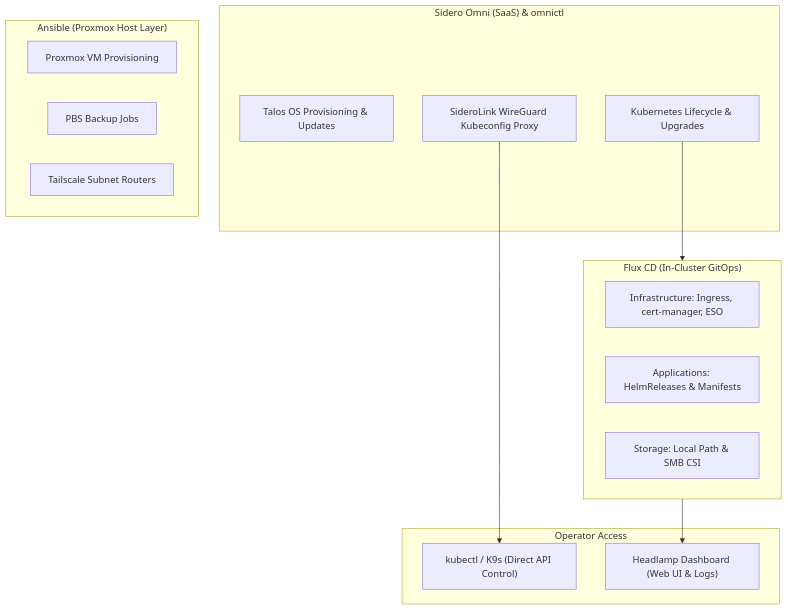
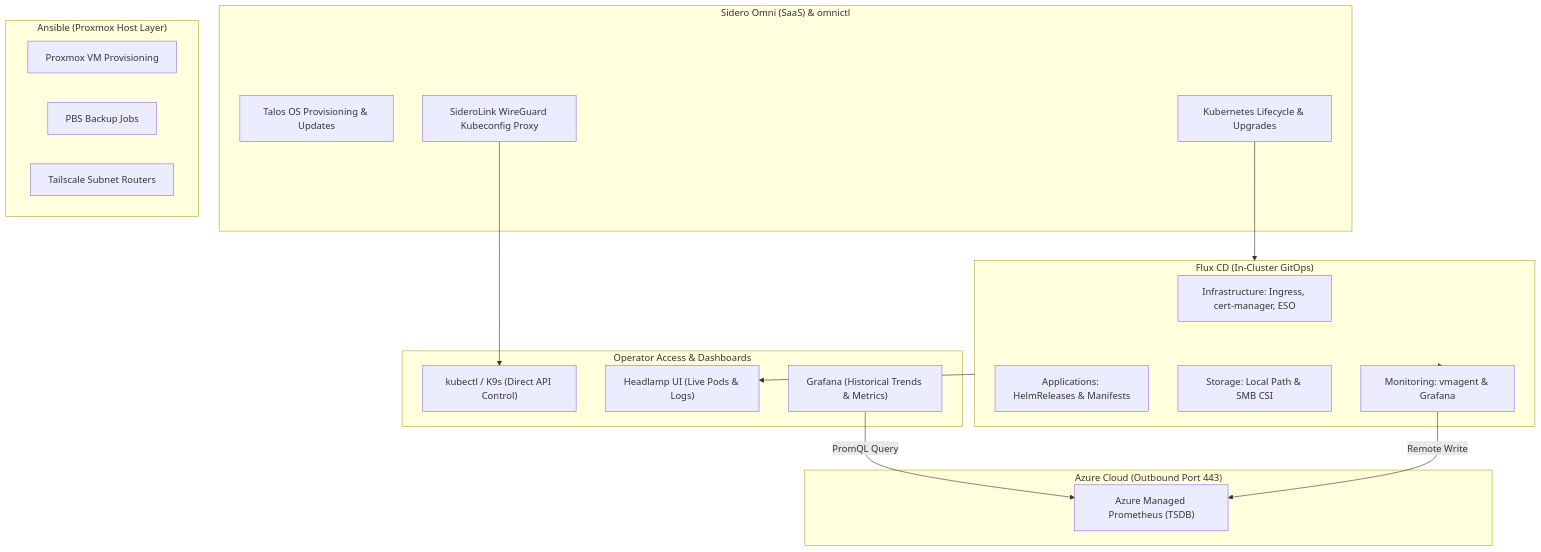
One commit to GabrielJean/HomeLab changed the third of 3 diagrams in K8s/PLAN.md. Above: the diagram before and after it, drawn with Mermaid. The commit also changed other lines of this file, not shown here.

Commit message:
build(plan): enhance observability architecture with Azure Managed Prometheus and self-hosted Grafana

````diff
--- a/K8s/PLAN.md
+++ b/K8s/PLAN.md
@@ -278,29 +331,38 @@
 ```mermaid
 flowchart TD
     subgraph Sidero_Omni["Sidero Omni (SaaS) & omnictl"]
         OMNI_OS["Talos OS Provisioning & Updates"]
         OMNI_K8S["Kubernetes Lifecycle & Upgrades"]
         OMNI_AUTH["SideroLink WireGuard Kubeconfig Proxy"]
     end
 
     subgraph GitOps_Flux["Flux CD (In-Cluster GitOps)"]
         FLUX_INFRA["Infrastructure: Ingress, cert-manager, ESO"]
         FLUX_APPS["Applications: HelmReleases & Manifests"]
         FLUX_STORE["Storage: Local Path & SMB CSI"]
+        FLUX_MON["Monitoring: vmagent & Grafana"]
     end
 
-    subgraph Admin_Tools["Operator Access"]
+    subgraph Admin_Tools["Operator Access & Dashboards"]
         KUBECTL["kubectl / K9s (Direct API Control)"]
-        HEADLAMP["Headlamp Dashboard (Web UI & Logs)"]
+        HEADLAMP["Headlamp UI (Live Pods & Logs)"]
+        GRAFANA["Grafana (Historical Trends & Metrics)"]
+    end
+
+    subgraph Cloud_Metrics["Azure Cloud (Outbound Port 443)"]
+        AZ_PROM["Azure Managed Prometheus (TSDB)"]
     end
 
     subgraph Host_Infra["Ansible (Proxmox Host Layer)"]
         ANS_VM["Proxmox VM Provisioning"]
         ANS_PBS["PBS Backup Jobs"]
         ANS_TS["Tailscale Subnet Routers"]
     end
 
     OMNI_AUTH --> KUBECTL
     OMNI_K8S --> GitOps_Flux
     GitOps_Flux --> HEADLAMP
+    GitOps_Flux --> FLUX_MON
+    FLUX_MON -- "Remote Write" --> AZ_PROM
+    GRAFANA -- "PromQL Query" --> AZ_PROM
 ```
````
